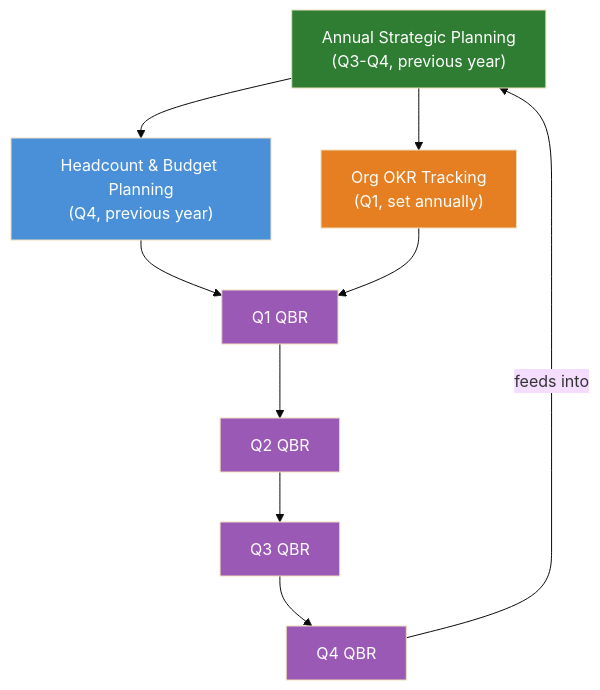
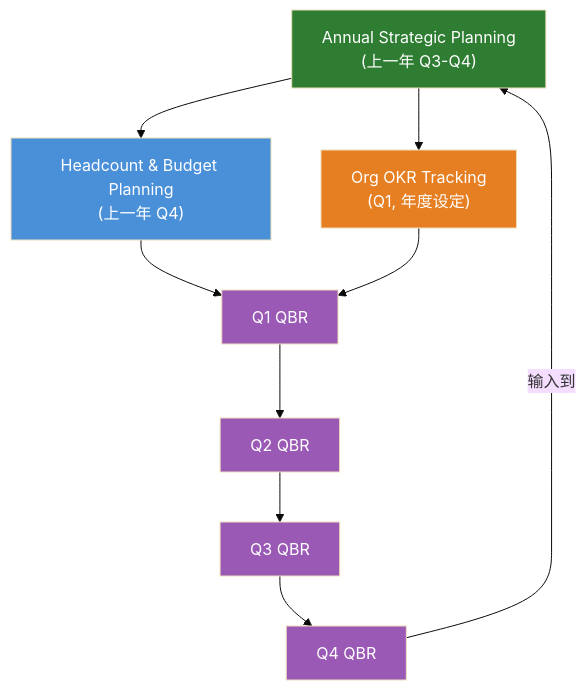
Before and after one commit to effiy/YrY: the diagram in YiKnowledge/executiver/roadmap/README.md, drawn with Mermaid (base theme). The commit also changed other lines of this file and 7735 other files, not shown here.

````diff
--- a/YiKnowledge/executiver/roadmap/README.md
+++ b/YiKnowledge/executiver/roadmap/README.md
@@ -83,19 +83,19 @@
 ```mermaid
 flowchart TD
-    ASP["Annual Strategic Planning\n(Q3-Q4, previous year)"] --> HBP["Headcount & Budget Planning\n(Q4, previous year)"]
-    ASP --> OKR["Org OKR Tracking\n(Q1, set annually)"]
+    ASP["Annual Strategic Planning\n(上一年 Q3-Q4)"] --> HBP["Headcount & Budget Planning\n(上一年 Q4)"]
+    ASP --> OKR["Org OKR Tracking\n(Q1, 年度设定)"]
     HBP --> QBR1["Q1 QBR"]
     OKR --> QBR1
     QBR1 --> QBR2["Q2 QBR"]
     QBR2 --> QBR3["Q3 QBR"]
     QBR3 --> QBR4["Q4 QBR"]
-    QBR4 -->|feeds into| ASP
+    QBR4 -->|输入到| ASP
 
     style ASP fill:#2e7d32,color:#fff
     style HBP fill:#4a90d9,color:#fff
     style OKR fill:#e67e22,color:#fff
     style QBR1 fill:#9b59b6,color:#fff
     style QBR2 fill:#9b59b6,color:#fff
     style QBR3 fill:#9b59b6,color:#fff
     style QBR4 fill:#9b59b6,color:#fff
 ```
````
